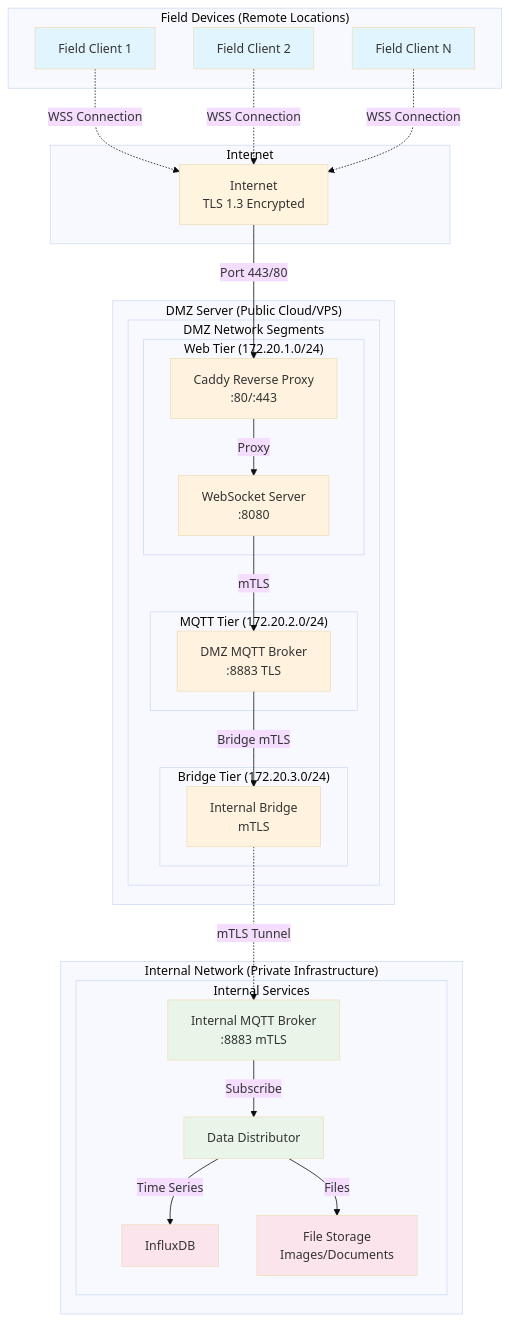
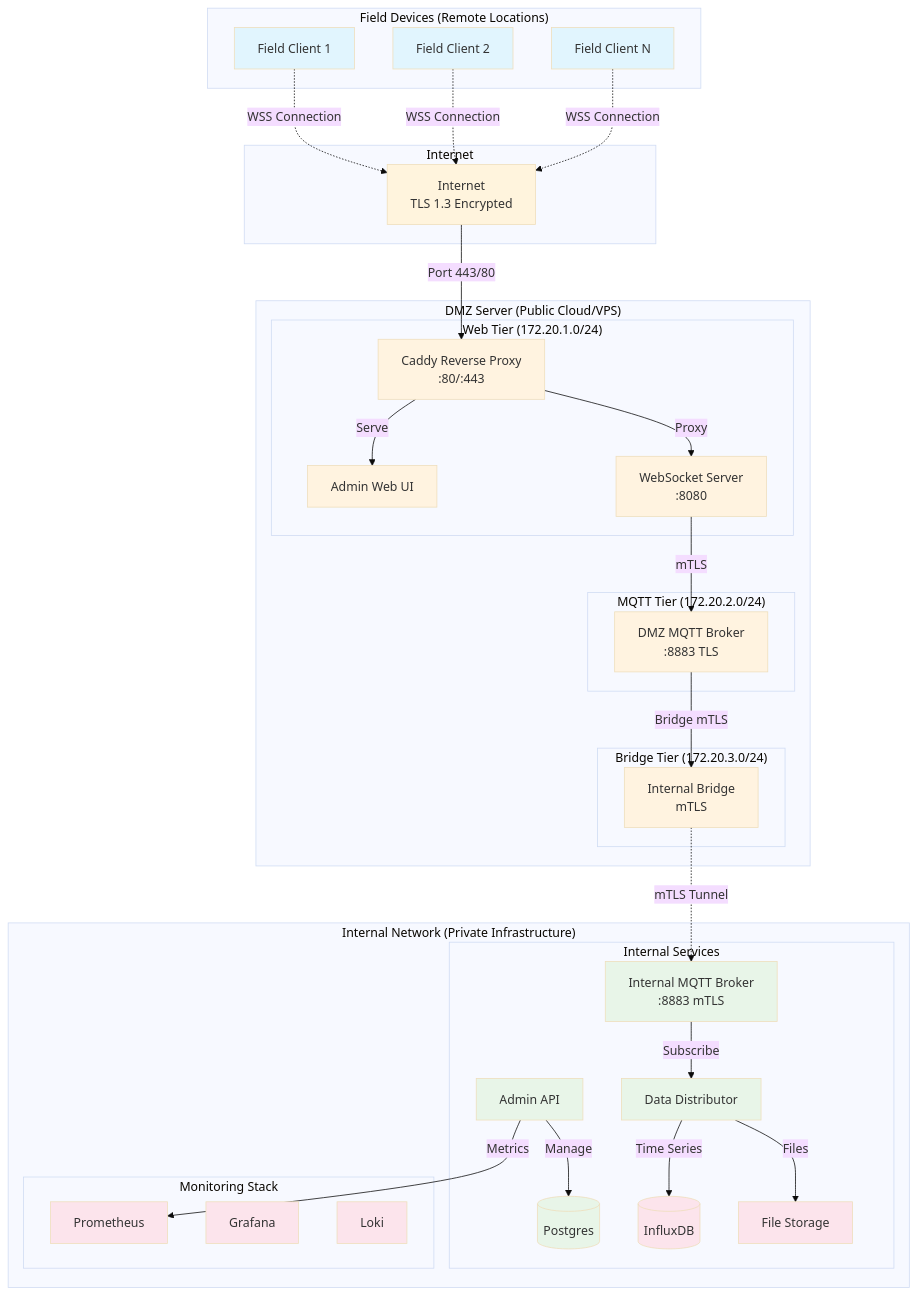
One commit to tazomatalax/FieldStream changed the first of 2 diagrams in README.md. Above: the diagram before and after it, drawn with Mermaid (base theme). The commit also changed other lines of this file and 1 other file, not shown here.

Commit message:
Update documentation to reflect new architecture and configuration requirements

````diff
--- a/README.md
+++ b/README.md
@@ -27,61 +27,71 @@
 ```mermaid
 graph TB
     subgraph "Field Devices (Remote Locations)"
         FC1[Field Client 1]
         FC2[Field Client 2]
         FCN[Field Client N]
     end
     
     subgraph "DMZ Server (Public Cloud/VPS)"
-        subgraph "DMZ Network Segments"
-            subgraph "Web Tier (172.20.1.0/24)"
-                CADDY[Caddy Reverse Proxy<br/>:80/:443]
-                WS[WebSocket Server<br/>:8080]
-            end
-            
-            subgraph "MQTT Tier (172.20.2.0/24)"
-                DMZMQ[DMZ MQTT Broker<br/>:8883 TLS]
-            end
-            
-            subgraph "Bridge Tier (172.20.3.0/24)"
-                BRIDGE[Internal Bridge<br/>mTLS]
-            end
+        subgraph "Web Tier (172.20.1.0/24)"
+            CADDY[Caddy Reverse Proxy<br/>:80/:443]
+            WEBUI[Admin Web UI]
+            WS[WebSocket Server<br/>:8080]
+        end
+        
+        subgraph "MQTT Tier (172.20.2.0/24)"
+            DMZMQ[DMZ MQTT Broker<br/>:8883 TLS]
+        end
+        
+        subgraph "Bridge Tier (172.20.3.0/24)"
+            BRIDGE[Internal Bridge<br/>mTLS]
         end
     end
     
     subgraph "Internal Network (Private Infrastructure)"
         subgraph "Internal Services"
             INTMQ[Internal MQTT Broker<br/>:8883 mTLS]
             DIST[Data Distributor]
-            INFLUX[InfluxDB]
-            STORAGE[File Storage<br/>Images/Documents]
+            API[Admin API]
+            DB[(Postgres)]
+            INFLUX[(InfluxDB)]
+            STORAGE[File Storage]
+        end
+        
+        subgraph "Monitoring Stack"
+            PROM[Prometheus]
+            GRAF[Grafana]
+            LOKI[Loki]
         end
     end
     
     subgraph "Internet"
         NET[Internet<br/>TLS 1.3 Encrypted]
     end
     
     FC1 -.->|WSS Connection| NET
     FC2 -.->|WSS Connection| NET
     FCN -.->|WSS Connection| NET
     
     NET -->|Port 443/80| CADDY
     CADDY -->|Proxy| WS
+    CADDY -->|Serve| WEBUI
     WS -->|mTLS| DMZMQ
     DMZMQ -->|Bridge mTLS| BRIDGE
     BRIDGE -.->|mTLS Tunnel| INTMQ
     INTMQ -->|Subscribe| DIST
     DIST -->|Time Series| INFLUX
     DIST -->|Files| STORAGE
+    API -->|Manage| DB
+    API -->|Metrics| PROM
     
     classDef fieldDevice fill:#e1f5fe
     classDef dmzComponent fill:#fff3e0  
     classDef internalComponent fill:#e8f5e8
     classDef storage fill:#fce4ec
     
     class FC1,FC2,FCN fieldDevice
-    class CADDY,WS,DMZMQ,BRIDGE dmzComponent
-    class INTMQ,DIST internalComponent
-    class INFLUX,STORAGE storage
+    class CADDY,WS,DMZMQ,BRIDGE,WEBUI dmzComponent
+    class INTMQ,DIST,API,DB internalComponent
+    class INFLUX,STORAGE,PROM,GRAF,LOKI storage
 ```
````
